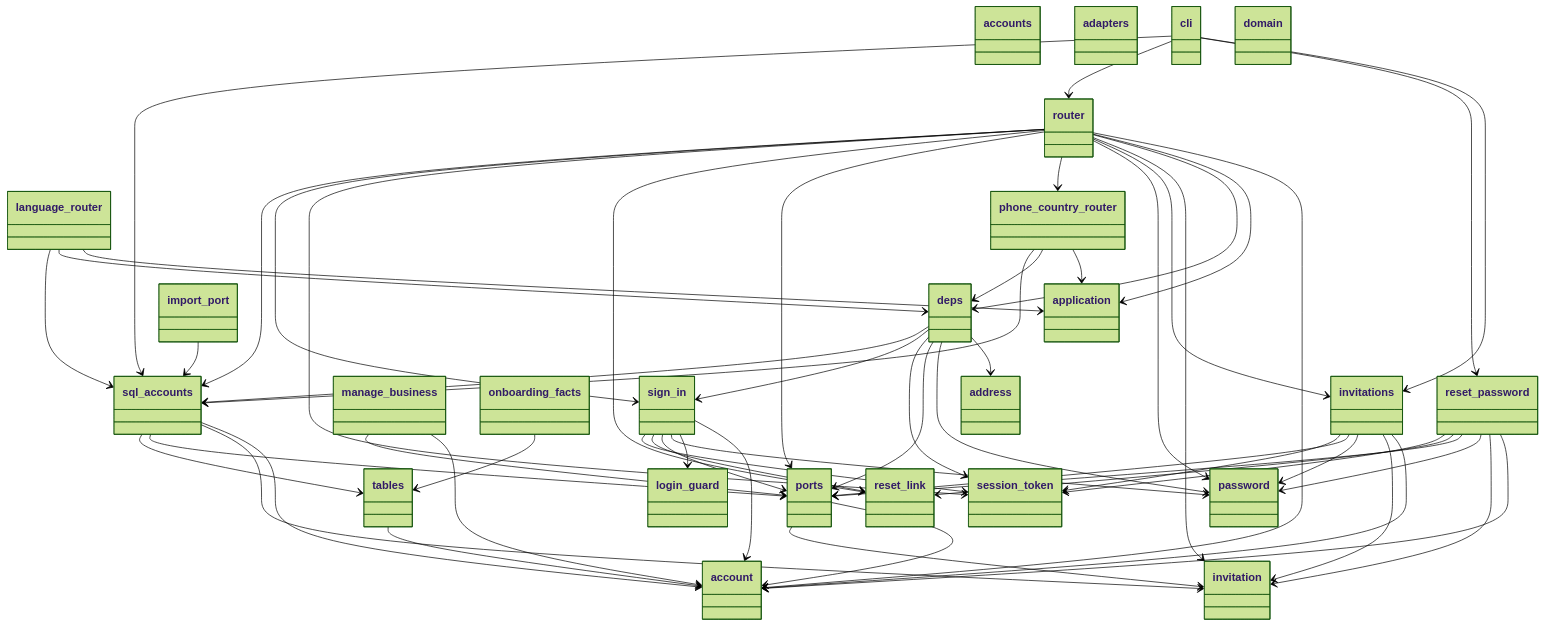
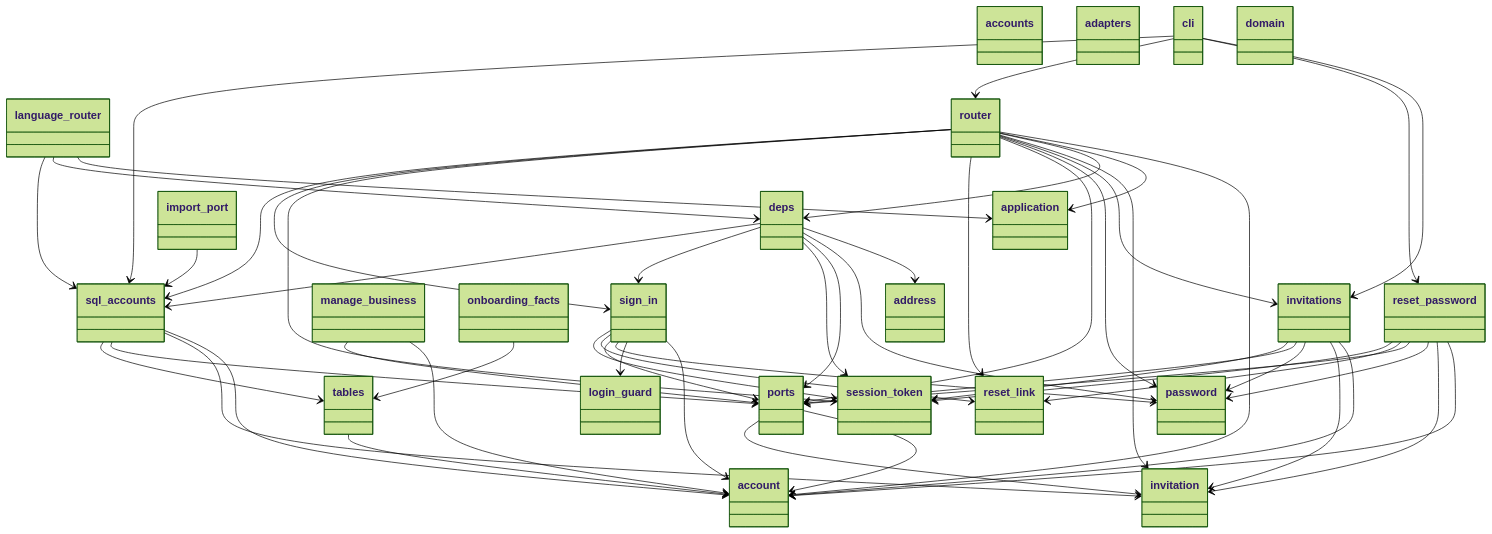
The first of 4 diagrams in docs/architecture/generated/classes/accounts.md (GonzaloZevallos/apostrophe), drawn with Mermaid (forest theme) before and after one commit. The commit also changed other lines of this file and 22 other files, not shown here.

Commit message:
Remove the Business-wide Phone country: the route, the GET /business fields and the Settings control, since the form now chooses the country per number

```diff
--- a/docs/architecture/generated/classes/accounts.md
+++ b/docs/architecture/generated/classes/accounts.md
@@ -37,8 +37,6 @@
   class onboarding_facts {
   }
   class password {
-  }
-  class phone_country_router {
   }
   class ports {
   }
@@ -78,9 +76,6 @@
   manage_business --> account
   manage_business --> ports
   onboarding_facts --> tables
-  phone_country_router --> application
-  phone_country_router --> deps
-  phone_country_router --> sql_accounts
   ports --> account
   ports --> invitation
   reset_password --> account
@@ -95,7 +90,6 @@
   router --> invitation
   router --> invitations
   router --> password
-  router --> phone_country_router
   router --> ports
   router --> reset_link
   router --> session_token
```
